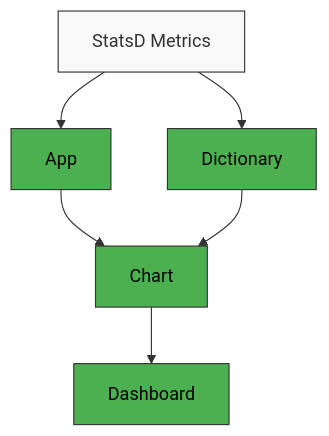
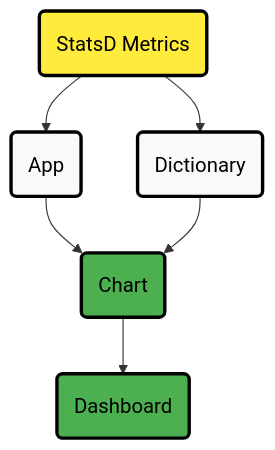
The fourth of 4 diagrams in src/collectors/statsd.plugin/README.md (netdata/netdata), drawn with Mermaid before and after one commit. The commit also changed other lines of this file and 21 other files, not shown here.

Commit message:
Fix Mermaid diagrams across multiple files

````diff
--- a/src/collectors/statsd.plugin/README.md
+++ b/src/collectors/statsd.plugin/README.md
@@ -389,14 +401,19 @@
 ```mermaid
-graph TD
-    A[StatsD Metrics] --> B[App]
-    A --> C[Dictionary]
-    B --> D[Chart]
+flowchart TD
+    A("StatsD Metrics") --> B("App")
+    A --> C("Dictionary")
+    B --> D("Chart")
     C --> D
-    D --> E[Dashboard]
+    D --> E("Dashboard")
     
-    style A fill:#f9f9f9,stroke:#333,stroke-width:1px
-    style B fill:#4caf50,stroke:#333,stroke-width:1px,color:black
-    style C fill:#4caf50,stroke:#333,stroke-width:1px,color:black
-    style D fill:#4caf50,stroke:#333,stroke-width:1px,color:black
-    style E fill:#4caf50,stroke:#333,stroke-width:1px,color:black
+    %% Style definitions
+    classDef alert fill:#ffeb3b,stroke:#000000,stroke-width:3px,color:#000000,font-size:18px
+    classDef neutral fill:#f9f9f9,stroke:#000000,stroke-width:3px,color:#000000,font-size:18px
+    classDef complete fill:#4caf50,stroke:#000000,stroke-width:3px,color:#000000,font-size:18px
+    classDef database fill:#2196F3,stroke:#000000,stroke-width:3px,color:#000000,font-size:18px
+
+    %% Apply styles
+    class A alert
+    class B,C neutral
+    class D,E complete
 ```
````
